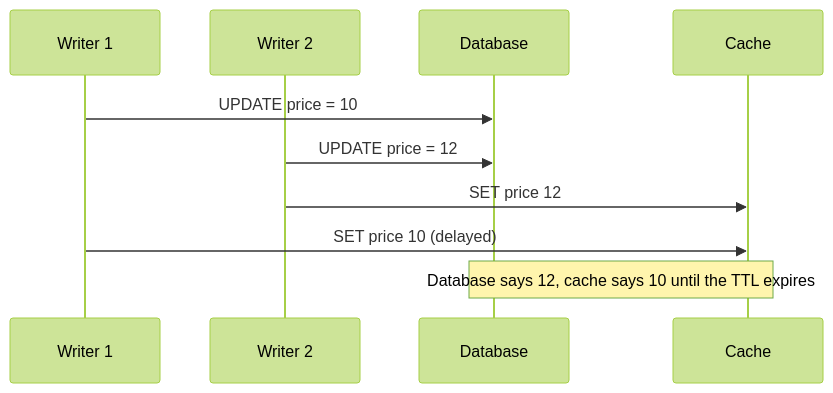
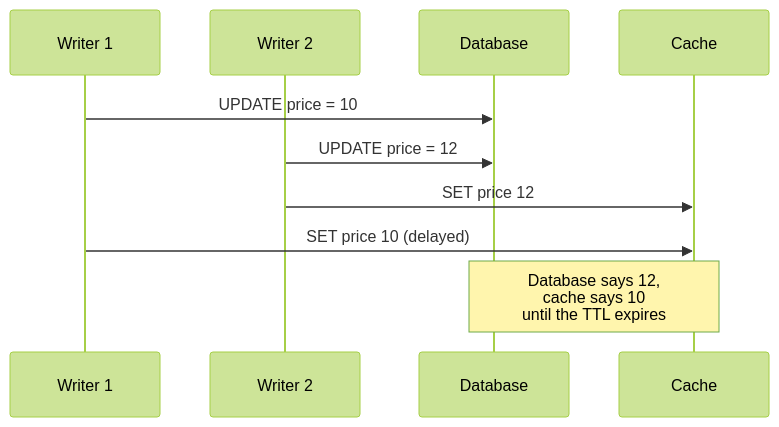
The seventh of 7 diagrams in src/content/docs/caching/cache-strategies.mdx (butyavk/system-design), drawn with Mermaid (forest theme) before and after one commit. The commit also changed other lines of this file and 144 other files, not shown here.

````diff
--- a/src/content/docs/caching/cache-strategies.mdx
+++ b/src/content/docs/caching/cache-strategies.mdx
@@ -303,12 +304,12 @@
 ```mermaid
 sequenceDiagram
   participant W1 as Writer 1
   participant W2 as Writer 2
   participant D as Database
   participant C as Cache
   W1->>D: UPDATE price = 10
   W2->>D: UPDATE price = 12
   W2->>C: SET price 12
   W1->>C: SET price 10 (delayed)
-  Note over D,C: Database says 12, cache says 10 until the TTL expires
+  Note over D,C: Database says 12,<br/>cache says 10<br/>until the TTL expires
 ```
````
